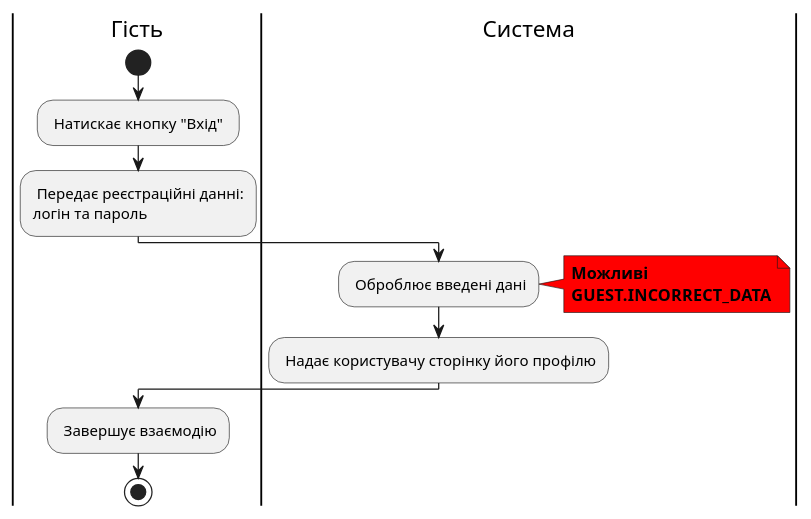
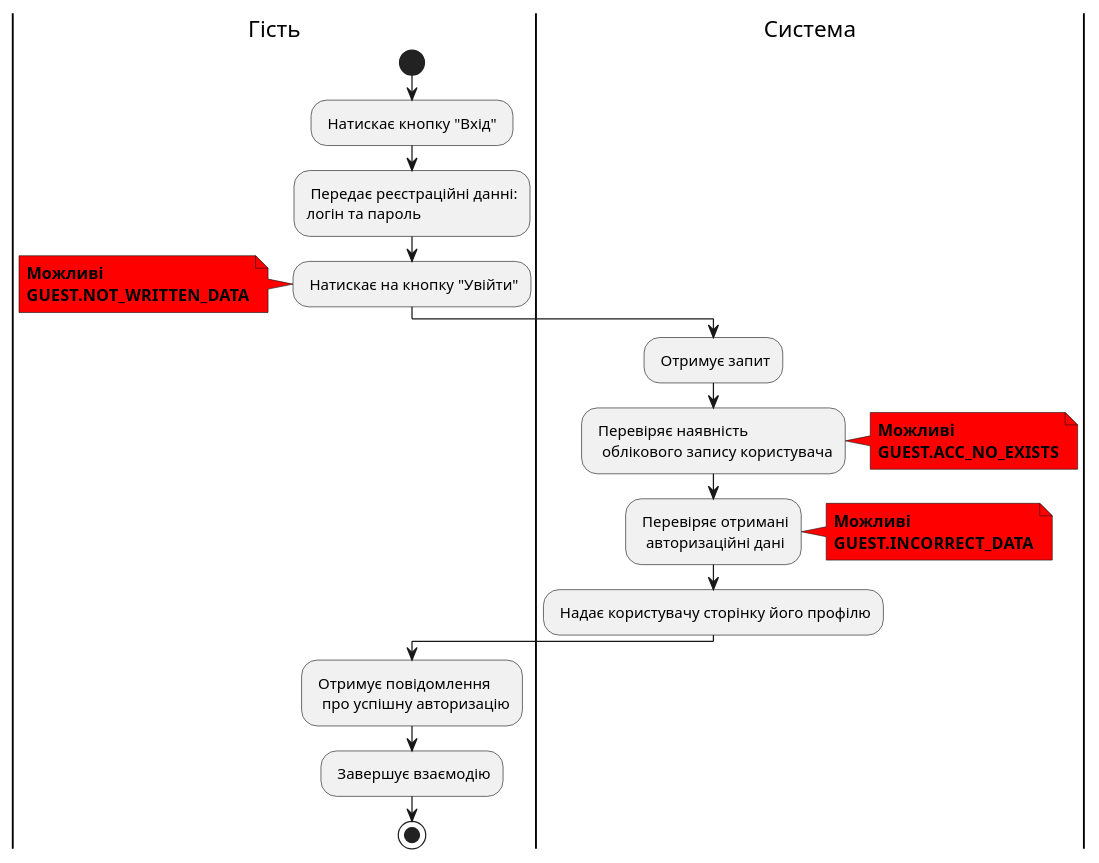
The sixth of 22 diagrams in docs/use cases/README.md (michigang1/ImForms), drawn with PlantUML before and after one commit. The commit also changed other lines of this file, not shown here.

Commit message:
Added some changes in diagrams of scenarios

```diff
--- a/docs/use cases/README.md
+++ b/docs/use cases/README.md
@@ -196,22 +211,38 @@
 @startuml
 
 |Гість|
 start
 : Натискає кнопку "Вхід" ;
 : Передає реєстраційні данні:
 логін та пароль;
+: Натискає на кнопку "Увійти";
+note left #ff0000
+<b>Можливі</b>
+<b>GUEST.NOT_WRITTEN_DATA</b>
+end note
 
 |Система|
-: Оброблює введені дані;
+: Отримує запит;
+: Перевіряє наявність
+  облікового запису користувача;
+note right #ff0000
+<b>Можливі</b>
+<b>GUEST.ACC_NO_EXISTS</b>
+end note
+
+: Перевіряє отримані
+  авторизаційні дані;
 
        note right #ff0000
        <b>Можливі</b>
        <b>GUEST.INCORRECT_DATA</b>
        end note
 
        : Надає користувачу сторінку його профілю;
 
 |Гість|
+: Отримує повідомлення
+  про успішну авторизацію;
 : Завершує взаємодію;
 stop;
 @enduml
```
